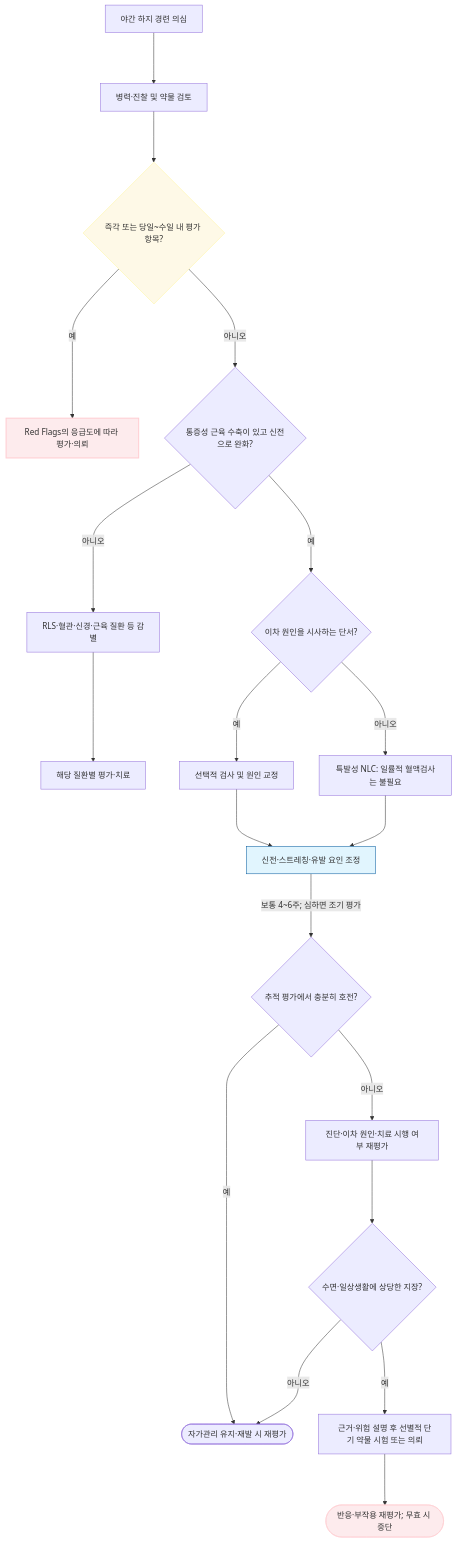
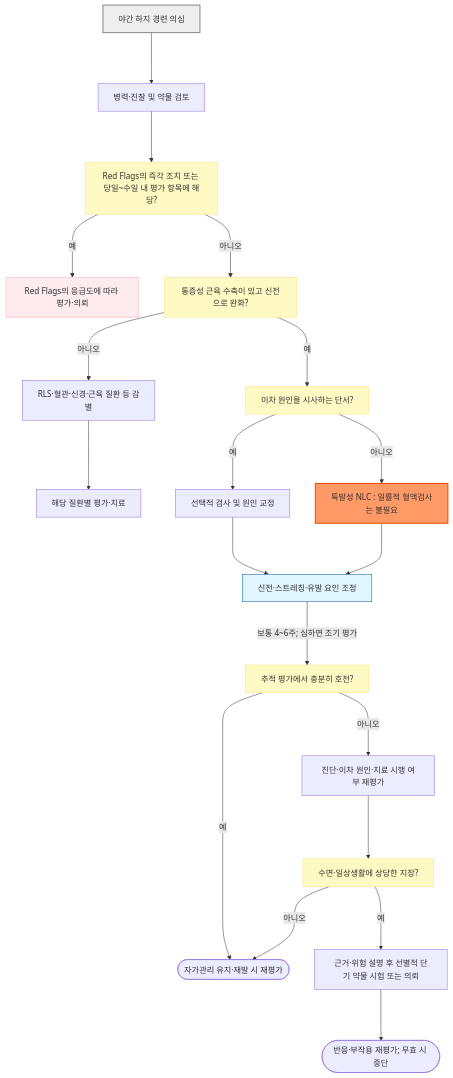
Before and after one commit to familyoh77/familyoh77: the diagram in 228_/148_-nocturnal-leg-cramp.md, drawn with Mermaid. The commit also changed other lines of this file and 10 other files, not shown here.

````diff
--- a/228_/148_-nocturnal-leg-cramp.md
+++ b/228_/148_-nocturnal-leg-cramp.md
@@ -99,26 +99,28 @@
 ```mermaid
 graph TD
     A["야간 하지 경련 의심"] ---> B["병력·진찰 및 약물 검토"]
-    B ---> D{"즉각 또는 당일~수일 내 평가 항목?"}
-    D --->|예| F["Red Flags의 응급도에 따라 평가·의뢰"]
-    D --->|아니오| C{"통증성 근육 수축이 있고 신전으로 완화?"}
-    C --->|아니오| E["RLS·혈관·신경·근육 질환 등 감별"]
+    B ---> D["Red Flags의 즉각 조치 또는 당일~수일 내 평가 항목에 해당?"]
+    D --->|"예"| F["Red Flags의 응급도에 따라 평가·의뢰"]
+    D --->|"아니오"| C["통증성 근육 수축이 있고 신전으로 완화?"]
+    C --->|"아니오"| E["RLS·혈관·신경·근육 질환 등 감별"]
     E ---> O["해당 질환별 평가·치료"]
-    C --->|예| G{"이차 원인을 시사하는 단서?"}
-    G --->|예| P["선택적 검사 및 원인 교정"]
-    G --->|아니오| H["특발성 NLC: 일률적 혈액검사는 불필요"]
+    C --->|"예"| G["이차 원인을 시사하는 단서?"]
+    G --->|"예"| P["선택적 검사 및 원인 교정"]
+    G --->|"아니오"| H["특발성 NLC : 일률적 혈액검사는 불필요"]
     P ---> Q["신전·스트레칭·유발 요인 조정"]
     H ---> Q
-    Q --->|보통 4~6주; 심하면 조기 평가| I{"추적 평가에서 충분히 호전?"}
-    I --->|예| J(["자가관리 유지·재발 시 재평가"])
-    I --->|아니오| K["진단·이차 원인·치료 시행 여부 재평가"]
-    K ---> L{"수면·일상생활에 상당한 지장?"}
-    L --->|아니오| J
-    L --->|예| M["근거·위험 설명 후 선별적 단기 약물 시험 또는 의뢰"]
+    Q --->|"보통 4~6주; 심하면 조기 평가"| I["추적 평가에서 충분히 호전?"]
+    I --->|"예"| J(["자가관리 유지·재발 시 재평가"])
+    I --->|"아니오"| K["진단·이차 원인·치료 시행 여부 재평가"]
+    K ---> L["수면·일상생활에 상당한 지장?"]
+    L --->|"아니오"| J
+    L --->|"예"| M["근거·위험 설명 후 선별적 단기 약물 시험 또는 의뢰"]
     M ---> N(["반응·부작용 재평가; 무효 시 중단"])
 
-    style D fill:#fef9e7,stroke:#fff59d
+    classDef question fill:#fff9c4,stroke:#ffe082
+    class D,C,G,I,L question
+    style A fill:#eeeeee,stroke:#888888,stroke-width:2px
     style F fill:#fdebed,stroke:#ffcdd2,stroke-width:2px
+    style H fill:#f96,stroke:#e65100,stroke-width:2px
     style Q fill:#e1f5fe,stroke:#01579b
-    style N fill:#fdebed,stroke:#ffcdd2
 ```
````
